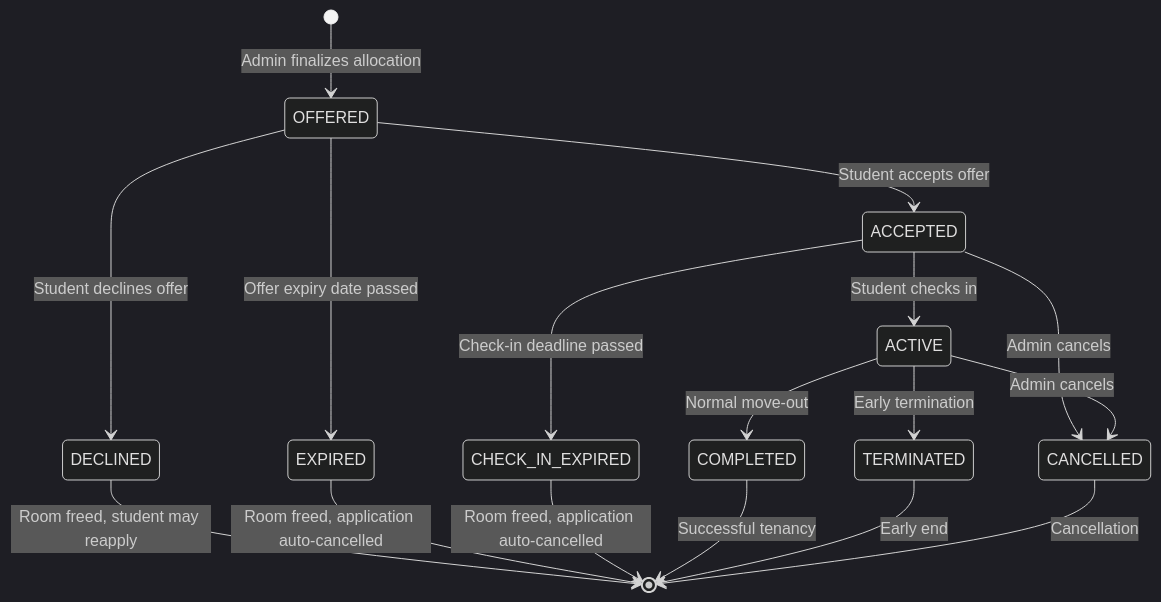
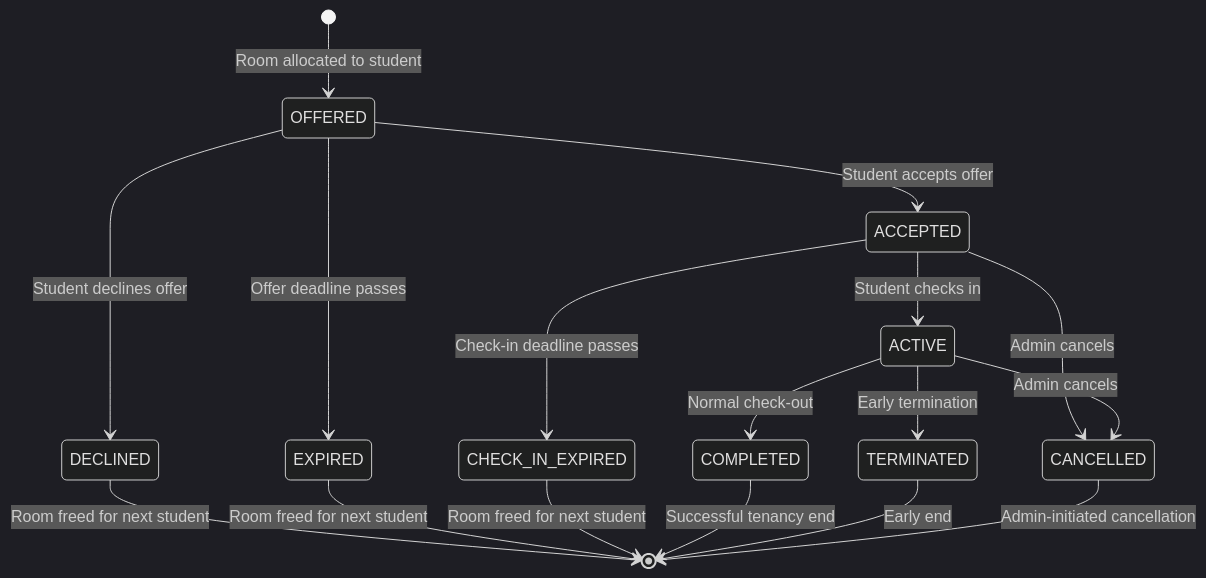
Before and after one commit to beezhub/student-accommodation-system: the sixth of 10 diagrams in Requirements.md, drawn with Mermaid (dark theme). The commit also changed other lines of this file and 20 other files, not shown here.

````diff
--- a/Requirements.md
+++ b/Requirements.md
@@ -619,23 +793,23 @@
 ```mermaid
 stateDiagram-v2
-    [*] --> OFFERED: Admin finalizes allocation
+    [*] --> OFFERED : Room allocated to student
 
-    OFFERED --> ACCEPTED: Student accepts offer
-    OFFERED --> DECLINED: Student declines offer
-    OFFERED --> EXPIRED: Offer expiry date passed
+    OFFERED --> ACCEPTED : Student accepts offer
+    OFFERED --> DECLINED : Student declines offer
+    OFFERED --> EXPIRED : Offer deadline passes
 
-    ACCEPTED --> ACTIVE: Student checks in
-    ACCEPTED --> CHECK_IN_EXPIRED: Check-in deadline passed
-    ACCEPTED --> CANCELLED: Admin cancels
+    ACCEPTED --> ACTIVE : Student checks in
+    ACCEPTED --> CHECK_IN_EXPIRED : Check-in deadline passes
+    ACCEPTED --> CANCELLED : Admin cancels
 
-    ACTIVE --> COMPLETED: Normal move-out
-    ACTIVE --> TERMINATED: Early termination
-    ACTIVE --> CANCELLED: Admin cancels
+    ACTIVE --> COMPLETED : Normal check-out
+    ACTIVE --> TERMINATED : Early termination
+    ACTIVE --> CANCELLED : Admin cancels
 
-    DECLINED --> [*]: Room freed, student may reapply
-    EXPIRED --> [*]: Room freed, application auto-cancelled
-    CHECK_IN_EXPIRED --> [*]: Room freed, application auto-cancelled
-    COMPLETED --> [*]: Successful tenancy
-    TERMINATED --> [*]: Early end
-    CANCELLED --> [*]: Cancellation
+    DECLINED --> [*] : Room freed for next student
+    EXPIRED --> [*] : Room freed for next student
+    CHECK_IN_EXPIRED --> [*] : Room freed for next student
+    COMPLETED --> [*] : Successful tenancy end
+    TERMINATED --> [*] : Early end
+    CANCELLED --> [*] : Admin-initiated cancellation
 ```
````
